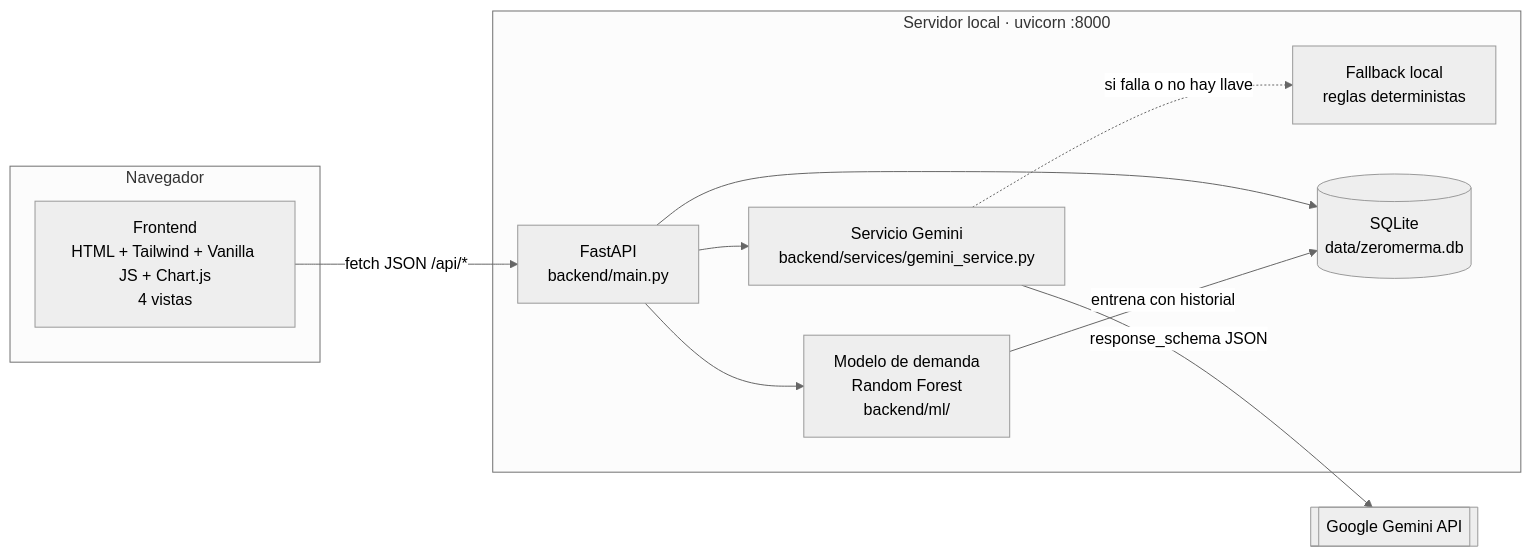
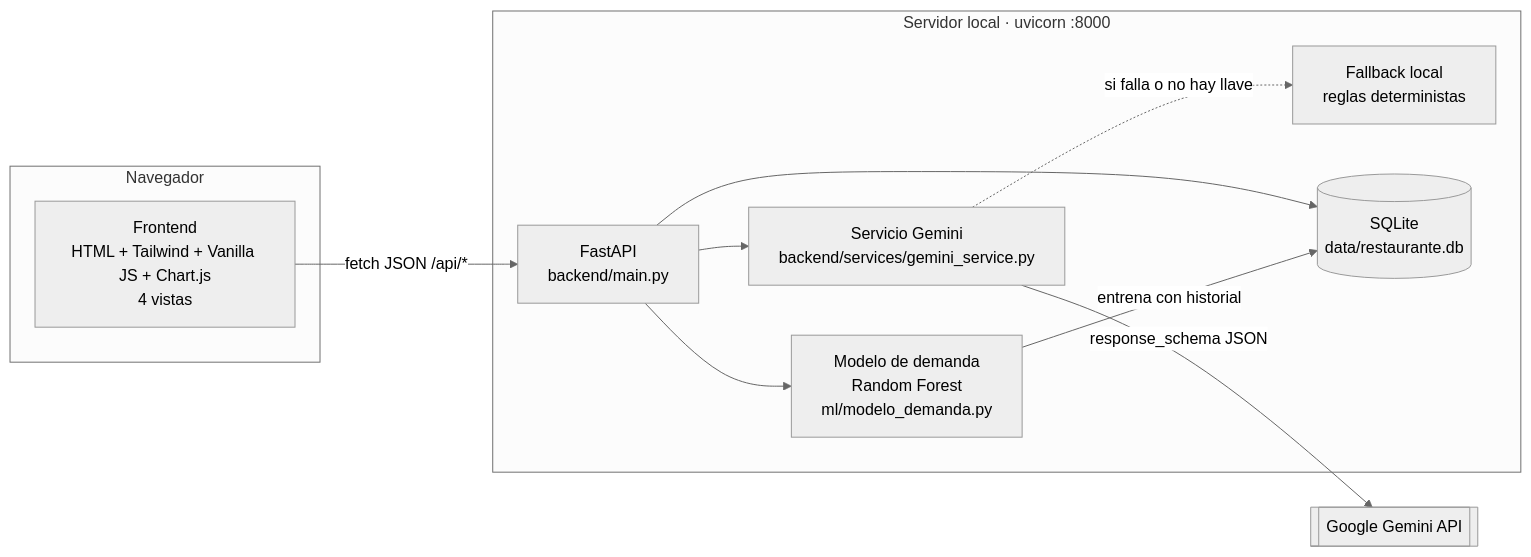
One commit to AndreRodriguez06/Hackateate_2026 changed the first of 3 diagrams in docs/01_arquitectura.md. Above: the diagram before and after it, drawn with Mermaid (neutral theme). The commit also changed other lines of this file and 8 other files, not shown here.

First line of the commit message:
Apartado 3: modelo Random Forest de demanda con validación temporal y regla anti-desabasto

````diff
--- a/docs/01_arquitectura.md
+++ b/docs/01_arquitectura.md
@@ -62,24 +62,24 @@
 ```mermaid
 flowchart LR
     subgraph Navegador
         UI[Frontend<br/>HTML + Tailwind + Vanilla JS + Chart.js<br/>4 vistas]
     end
 
     subgraph Servidor["Servidor local · uvicorn :8000"]
         API[FastAPI<br/>backend/main.py]
-        ML[Modelo de demanda<br/>Random Forest<br/>backend/ml/]
+        ML[Modelo de demanda<br/>Random Forest<br/>ml/modelo_demanda.py]
         GEM[Servicio Gemini<br/>backend/services/gemini_service.py]
         FB[Fallback local<br/>reglas deterministas]
-        DB[(SQLite<br/>data/zeromerma.db)]
+        DB[(SQLite<br/>data/restaurante.db)]
     end
 
     GAPI[[Google Gemini API]]
 
     UI -- "fetch JSON /api/*" --> API
     API --> ML
     API --> GEM
     GEM -- "response_schema JSON" --> GAPI
     GEM -. "si falla o no hay llave" .-> FB
     API --> DB
     ML -- "entrena con historial" --> DB
 ```
````
